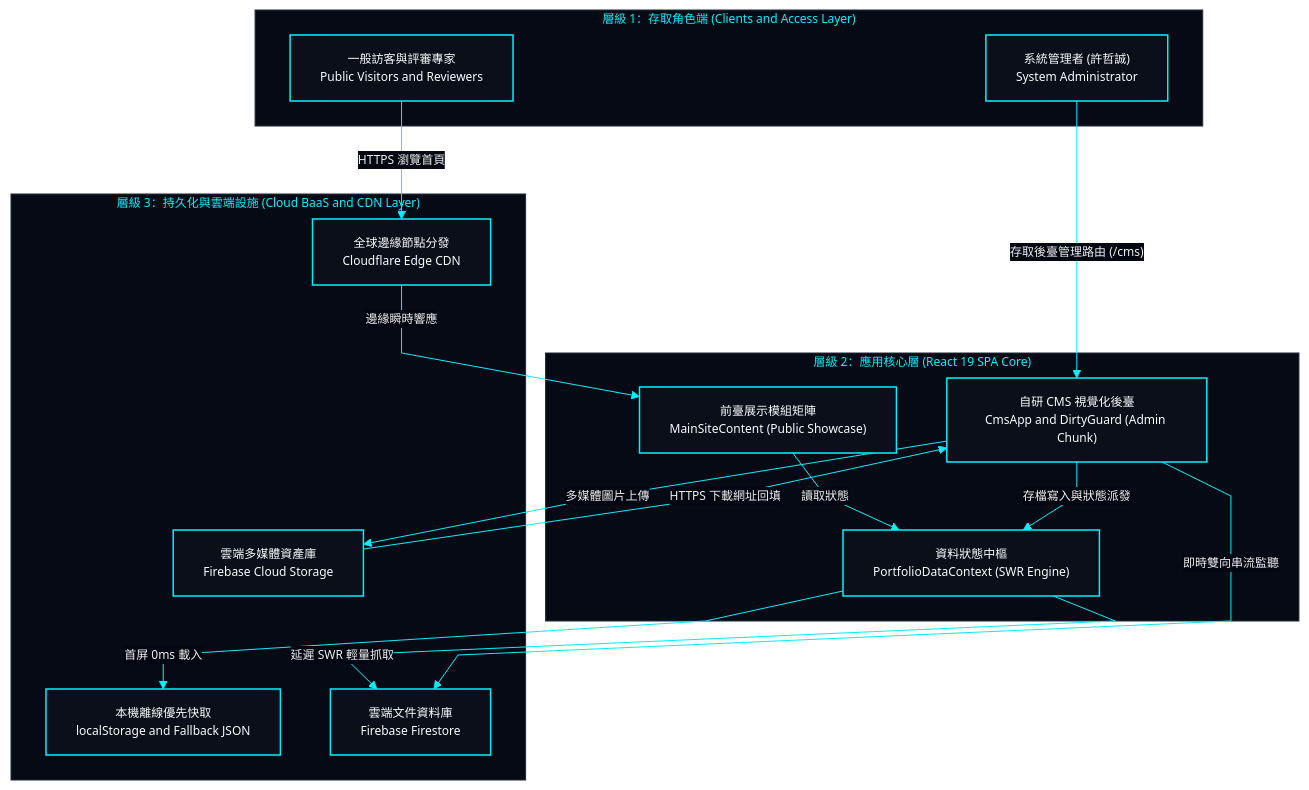
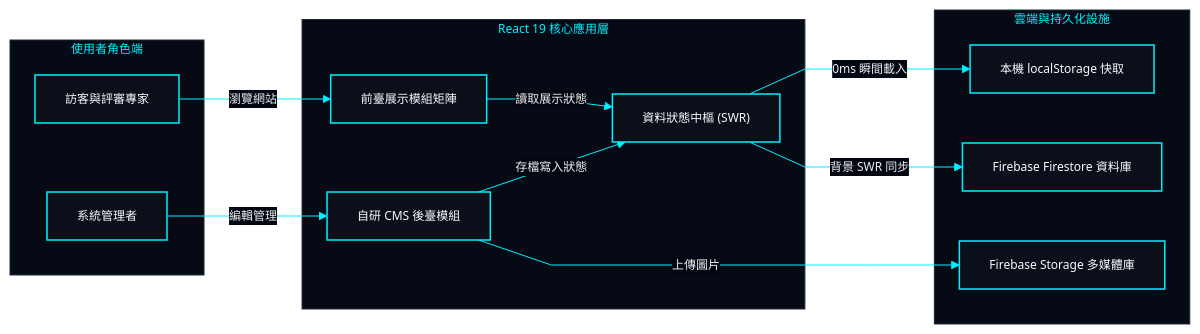
Before and after one commit to EricXJason/my-portfolio-website: the first of 3 diagrams in README.md, drawn with Mermaid. The commit also changed other lines of this file, not shown here.

Commit message:
docs: align production readme with latest architecture and tech HUD

````diff
--- a/README.md
+++ b/README.md
@@ -38,56 +67,48 @@
 ```mermaid
 %%{init: {
   'theme': 'base',
   'themeVariables': {
     'darkMode': true,
     'background': '#030712',
     'mainBkg': '#0b0f19',
     'nodeBorder': '#00f0ff',
     'textColor': '#f8fafc',
     'lineColor': '#00f0ff',
     'clusterBkg': '#060a14',
     'clusterBorder': '#1e293b',
     'titleColor': '#00f0ff',
     'edgeLabelBackground': '#030712',
     'fontSize': '12px'
   },
   'flowchart': {
     'curve': 'linear'
   }
 }}%%
-flowchart TD
+flowchart LR
     classDef hudCard fill:#0b0f19,stroke:#00f0ff,stroke-width:1.5px,color:#f8fafc;
 
-    subgraph Tier1 ["層級 1：存取角色端 (Clients and Access Layer)"]
-        Visitor["一般訪客與評審專家<br>Public Visitors and Reviewers"]:::hudCard
-        Admin["系統管理者 (許哲誠)<br>System Administrator"]:::hudCard
+    subgraph UserLayer ["使用者角色端"]
+        Visitor["訪客與評審專家"]:::hudCard
+        Admin["系統管理者"]:::hudCard
     end
 
-    subgraph Tier2 ["層級 2：應用核心層 (React 19 SPA Core)"]
-        Showcase["前臺展示模組矩陣<br>MainSiteContent (Public Showcase)"]:::hudCard
-        CmsSuite["自研 CMS 視覺化後臺<br>CmsApp and DirtyGuard (Admin Chunk)"]:::hudCard
-        DataContext["資料狀態中樞<br>PortfolioDataContext (SWR Engine)"]:::hudCard
+    subgraph AppCore ["React 19 核心應用層"]
+        Showcase["前臺展示模組矩陣"]:::hudCard
+        CmsSuite["自研 CMS 後臺模組"]:::hudCard
+        Context["資料狀態中樞 (SWR)"]:::hudCard
     end
 
-    subgraph Tier3 ["層級 3：持久化與雲端設施 (Cloud BaaS and CDN Layer)"]
-        Cache["本機離線優先快取<br>localStorage and Fallback JSON"]:::hudCard
-        Firestore["雲端文件資料庫<br>Firebase Firestore"]:::hudCard
-        Storage["雲端多媒體資產庫<br>Firebase Cloud Storage"]:::hudCard
-        EdgeCDN["全球邊緣節點分發<br>Cloudflare Edge CDN"]:::hudCard
+    subgraph InfraLayer ["雲端與持久化設施"]
+        Cache["本機 localStorage 快取"]:::hudCard
+        Firestore["Firebase Firestore 資料庫"]:::hudCard
+        Storage["Firebase Storage 多媒體庫"]:::hudCard
     end
 
-    Visitor -->|"HTTPS 瀏覽首頁"| EdgeCDN
-    EdgeCDN -->|"邊緣瞬時響應"| Showcase
-    Admin -->|"存取後臺管理路由 (/cms)"| CmsSuite
-    Showcase -->|"讀取狀態"| DataContext
-    CmsSuite -->|"存檔寫入與狀態派發"| DataContext
-    DataContext -->|"首屏 0ms 載入"| Cache
-    DataContext -->|"延遲 SWR 輕量抓取"| Firestore
-    CmsSuite -->|"即時雙向串流監聽"| Firestore
-    CmsSuite -->|"多媒體圖片上傳"| Storage
-    Storage -->|"HTTPS 下載網址回填"| CmsSuite
-
-    style Tier1 fill:#060a14,stroke:#1e293b,stroke-width:1px,color:#00f0ff
-    style Tier2 fill:#060a14,stroke:#1e293b,stroke-width:1px,color:#00f0ff
-    style Tier3 fill:#060a14,stroke:#1e293b,stroke-width:1px,color:#00f0ff
+    Visitor -->|"瀏覽網站"| Showcase
+    Admin -->|"編輯管理"| CmsSuite
+    Showcase -->|"讀取展示狀態"| Context
+    CmsSuite -->|"存檔寫入狀態"| Context
+    CmsSuite -->|"上傳圖片"| Storage
+    Context -->|"0ms 瞬間載入"| Cache
+    Context -->|"背景 SWR 同步"| Firestore
 ```
````
